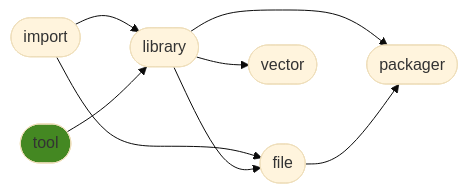
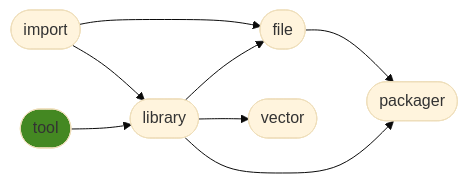
Before and after one commit to ManderaGeneral/generaltool: the diagram in README.md, drawn with Mermaid (base theme). The commit also changed other lines of this file, not shown here.

````diff
--- a/README.md
+++ b/README.md
@@ -23,17 +23,17 @@
 ```mermaid
 flowchart LR
 0([import]) --> 3([file])
-2([library]) --> 5([packager])
-0([import]) --> 2([library])
+3([file]) --> 5([packager])
 2([library]) --> 4([vector])
 2([library]) --> 3([file])
-3([file]) --> 5([packager])
+0([import]) --> 2([library])
 1([tool]) --> 2([library])
+2([library]) --> 5([packager])
 click 0 "https://github.com/ManderaGeneral/generalimport"
 click 1 "https://github.com/ManderaGeneral/generaltool"
 click 2 "https://github.com/ManderaGeneral/generallibrary"
 click 3 "https://github.com/ManderaGeneral/generalfile"
 click 4 "https://github.com/ManderaGeneral/generalvector"
 click 5 "https://github.com/ManderaGeneral/generalpackager"
 style 1 fill:#482
 ```
````
